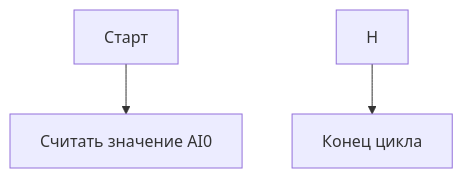
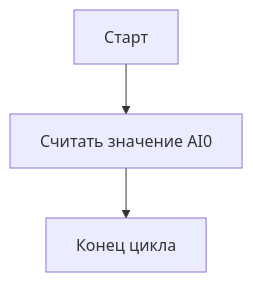
The diagram in Project_ASUTP_ITP /algorithm.md (al-galavanov/Portfolio), drawn with Mermaid before and after one commit.

````diff
--- a/Project_ASUTP_ITP /algorithm.md
+++ b/Project_ASUTP_ITP /algorithm.md
@@ -1,6 +1,5 @@
 ```mermaid
 flowchart TD;
      A[Старт] --> B[Считать значение AI0];
-   
-     H --> K[Конец цикла];
+     B --> K[Конец цикла];
 ```
````
